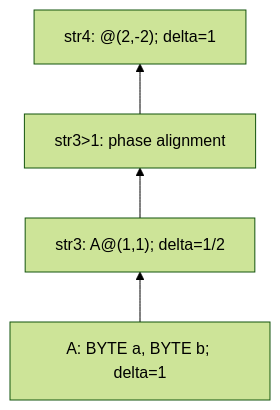
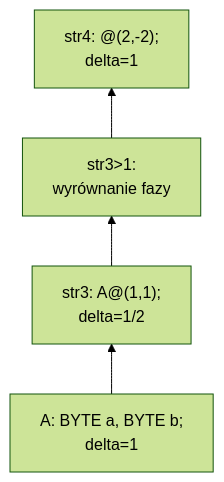
One commit to michalwidera/dokumentacja-rdb changed the diagram in realizacja-zapytan/ruchome-okno-danych-agse/przyklad-serializacji.md. Above: the diagram before and after it, drawn with Mermaid (forest theme). The commit also changed 8 other files, not shown here.

````diff
--- a/realizacja-zapytan/ruchome-okno-danych-agse/przyklad-serializacji.md
+++ b/realizacja-zapytan/ruchome-okno-danych-agse/przyklad-serializacji.md
@@ -111,7 +111,8 @@
 ```mermaid
-%% pdf-width: 30%
+%% pdf-width: 24%
+%% pdf-height: 42%
 flowchart BT
-    A["A: BYTE a, BYTE b; delta=1"] --> S["str3: A@(1,1); delta=1/2"]
-    S --> T["str3>1: phase alignment"]
-    T --> R["str4: @(2,-2); delta=1"]
+    A["A: BYTE a, BYTE b;<br/>delta=1"] --> S["str3: A@(1,1);<br/>delta=1/2"]
+    S --> T["str3>1:<br/>wyrównanie fazy"]
+    T --> R["str4: @(2,-2);<br/>delta=1"]
 ```
````
